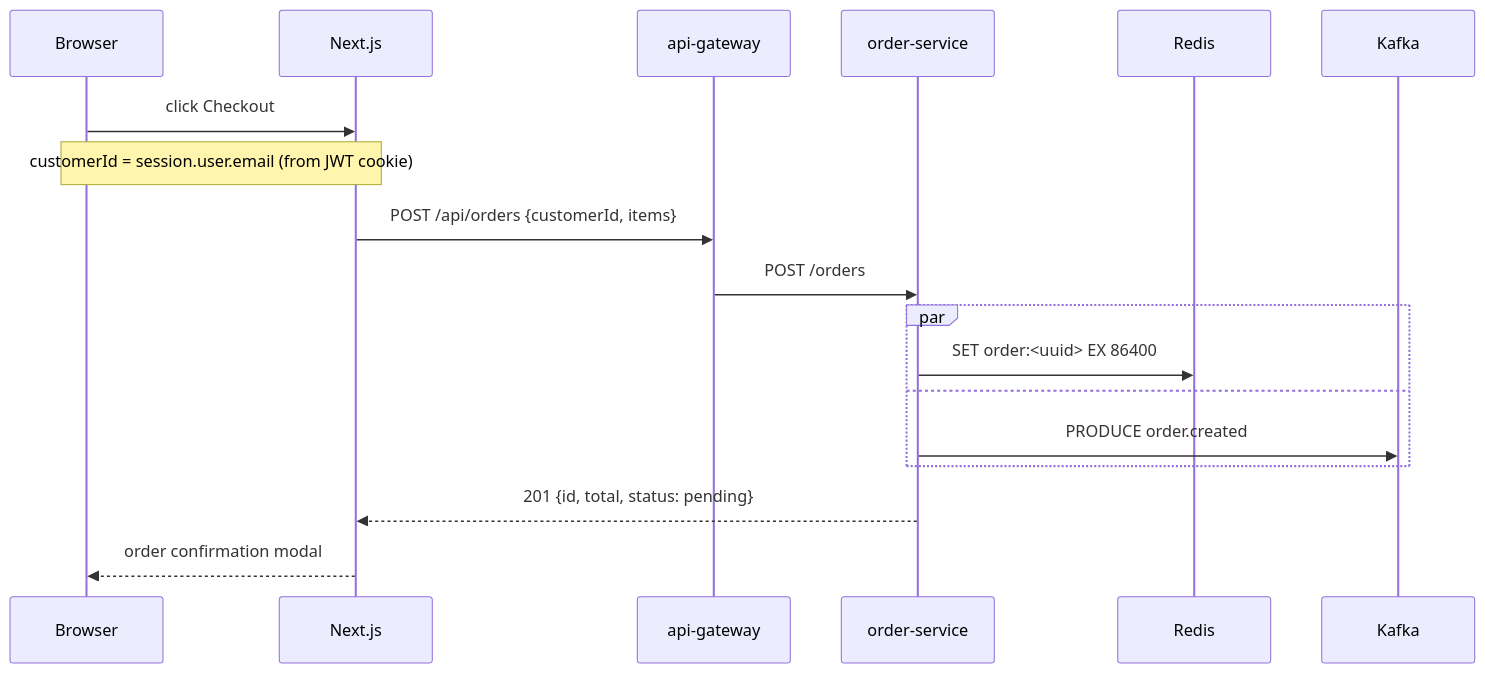
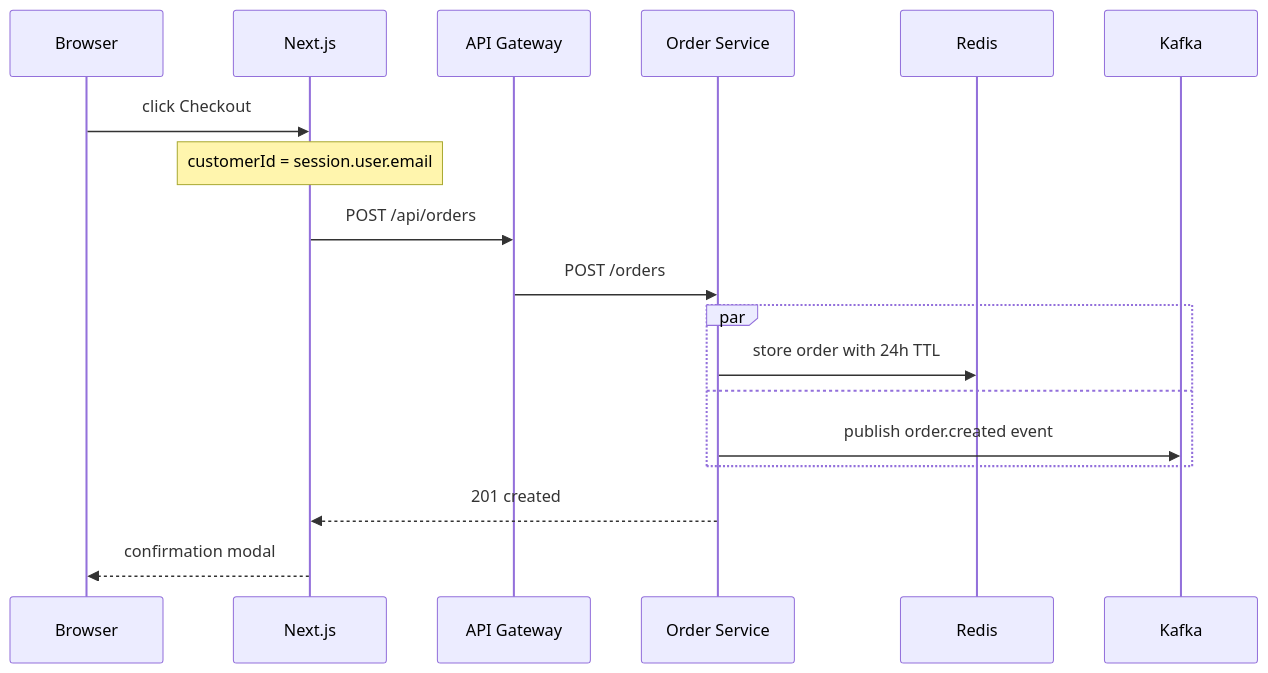
The third of 5 diagrams in README.md (Nidhi-S12/cloudmart-frontend), drawn with Mermaid before and after one commit. The commit also changed other lines of this file, not shown here.

Commit message:
docs: colored Mermaid diagrams, remove specific config values from diagrams

````diff
--- a/README.md
+++ b/README.md
@@ -94,21 +95,21 @@
 ```mermaid
 sequenceDiagram
     participant B as Browser
     participant FE as Next.js
-    participant GW as api-gateway
-    participant OS as order-service
+    participant GW as API Gateway
+    participant OS as Order Service
     participant R as Redis
     participant K as Kafka
 
     B->>FE: click Checkout
-    Note over B,FE: customerId = session.user.email (from JWT cookie)
-    FE->>GW: POST /api/orders {customerId, items}
+    Note over FE: customerId = session.user.email
+    FE->>GW: POST /api/orders
     GW->>OS: POST /orders
     par
-        OS->>R: SET order:<uuid> EX 86400
+        OS->>R: store order with 24h TTL
     and
-        OS->>K: PRODUCE order.created
+        OS->>K: publish order.created event
     end
-    OS-->>FE: 201 {id, total, status: pending}
-    FE-->>B: order confirmation modal
+    OS-->>FE: 201 created
+    FE-->>B: confirmation modal
 ```
````
